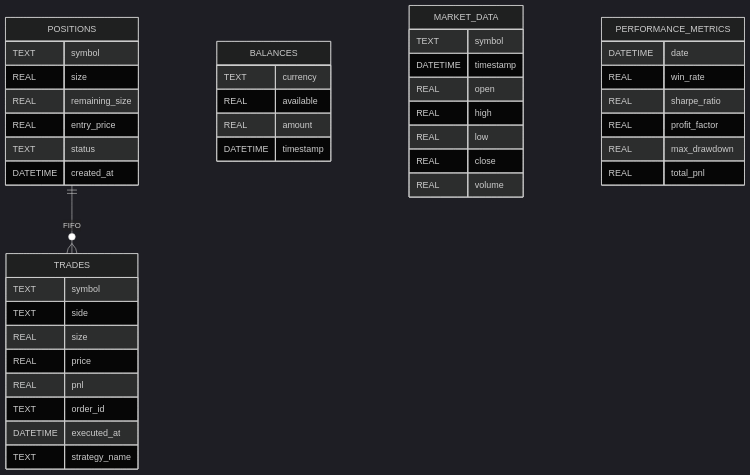
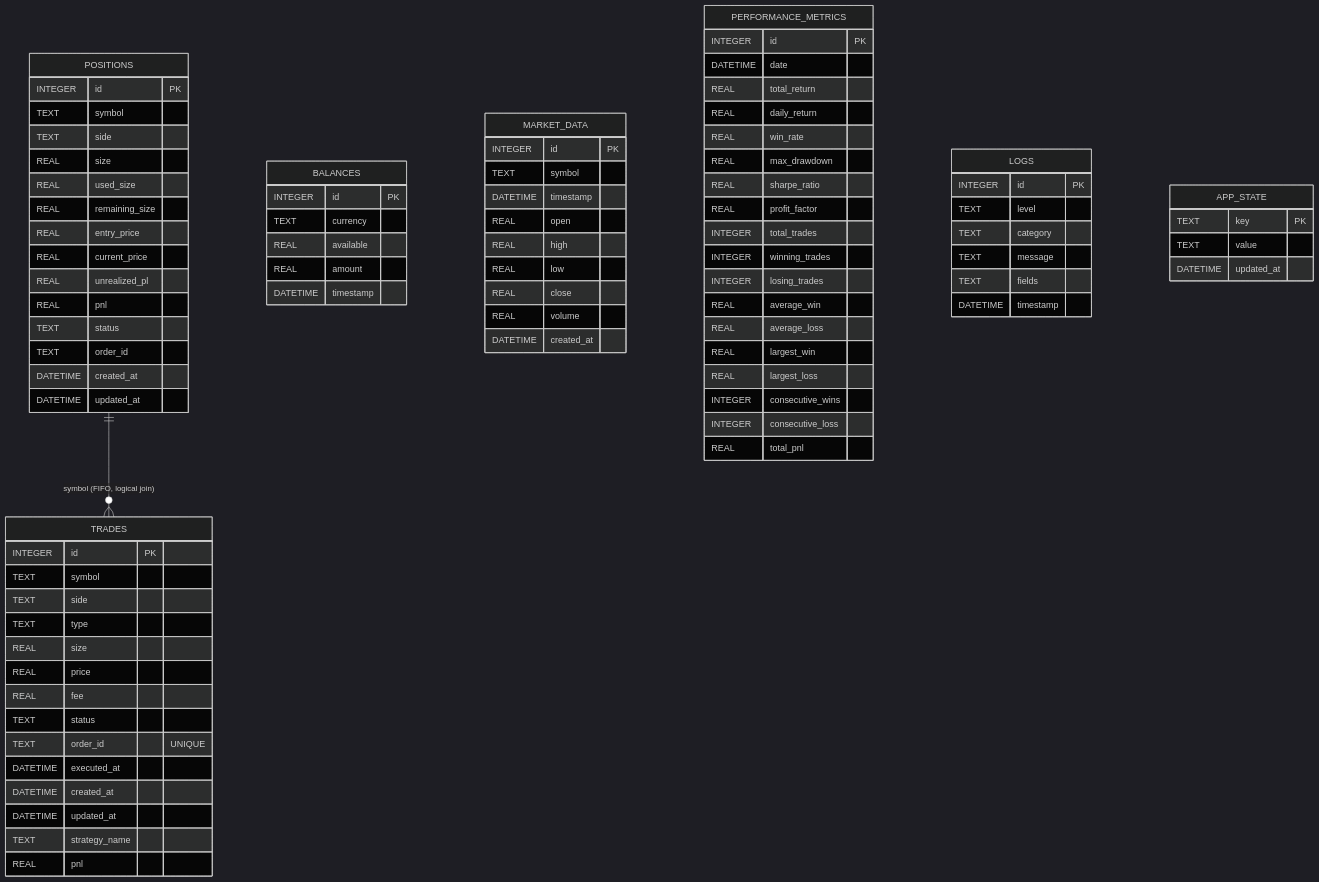
Before and after one commit to bmf-san/bmf-tech: diagram 12 of 12 in content/en/posts/introducing-gogocoin.md, drawn with Mermaid (dark theme). The commit also changed other lines of this file and 1 other file, not shown here.

Commit message:
feat: C4図・完全ユースケース図・全シーケンス図・完全ER図を追加 (en+ja)

````diff
--- a/content/en/posts/introducing-gogocoin.md
+++ b/content/en/posts/introducing-gogocoin.md
@@ -291,45 +576,94 @@
 ```mermaid
 erDiagram
     TRADES {
-        TEXT symbol
-        TEXT side
-        REAL size
-        REAL price
-        REAL pnl
-        TEXT order_id
+        INTEGER id PK
+        TEXT    symbol
+        TEXT    side
+        TEXT    type
+        REAL    size
+        REAL    price
+        REAL    fee
+        TEXT    status
+        TEXT    order_id "UNIQUE"
         DATETIME executed_at
-        TEXT strategy_name
+        DATETIME created_at
+        DATETIME updated_at
+        TEXT    strategy_name
+        REAL    pnl
     }
+
     POSITIONS {
-        TEXT symbol
-        REAL size
-        REAL remaining_size
-        REAL entry_price
-        TEXT status
+        INTEGER id PK
+        TEXT    symbol
+        TEXT    side
+        REAL    size
+        REAL    used_size
+        REAL    remaining_size
+        REAL    entry_price
+        REAL    current_price
+        REAL    unrealized_pl
+        REAL    pnl
+        TEXT    status
+        TEXT    order_id
+        DATETIME created_at
+        DATETIME updated_at
+    }
+
+    BALANCES {
+        INTEGER  id PK
+        TEXT     currency
+        REAL     available
+        REAL     amount
+        DATETIME timestamp
+    }
+
+    MARKET_DATA {
+        INTEGER  id PK
+        TEXT     symbol
+        DATETIME timestamp
+        REAL     open
+        REAL     high
+        REAL     low
+        REAL     close
+        REAL     volume
         DATETIME created_at
     }
-    BALANCES {
-        TEXT currency
-        REAL available
-        REAL amount
+
+    PERFORMANCE_METRICS {
+        INTEGER  id PK
+        DATETIME date
+        REAL     total_return
+        REAL     daily_return
+        REAL     win_rate
+        REAL     max_drawdown
+        REAL     sharpe_ratio
+        REAL     profit_factor
+        INTEGER  total_trades
+        INTEGER  winning_trades
+        INTEGER  losing_trades
+        REAL     average_win
+        REAL     average_loss
+        REAL     largest_win
+        REAL     largest_loss
+        INTEGER  consecutive_wins
+        INTEGER  consecutive_loss
+        REAL     total_pnl
+    }
+
+    LOGS {
+        INTEGER  id PK
+        TEXT     level
+        TEXT     category
+        TEXT     message
+        TEXT     fields
         DATETIME timestamp
     }
-    MARKET_DATA {
-        TEXT symbol
-        DATETIME timestamp
-        REAL open
-        REAL high
-        REAL low
-        REAL close
-        REAL volume
+
+    APP_STATE {
+        TEXT     key PK
+        TEXT     value
+        DATETIME updated_at
     }
-    PERFORMANCE_METRICS {
-        DATETIME date
-        REAL win_rate
-        REAL sharpe_ratio
-        REAL profit_factor
-        REAL max_drawdown
-        REAL total_pnl
-    }
-    POSITIONS ||--o{ TRADES : "FIFO"
+
+    POSITIONS ||--o{ TRADES : "symbol (FIFO, logical join)"
 ```
````
